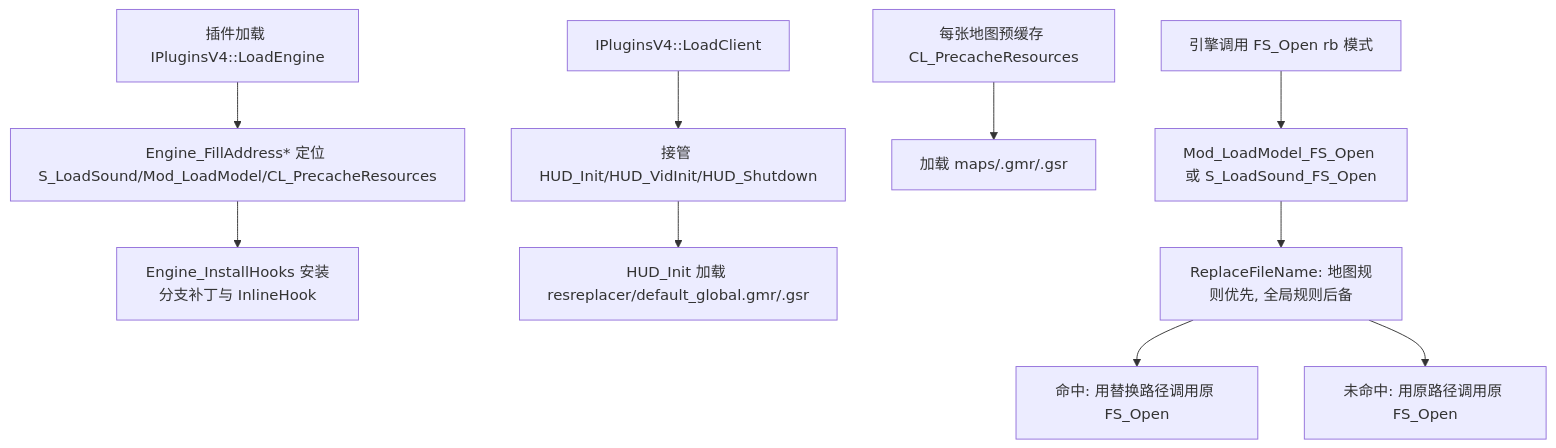
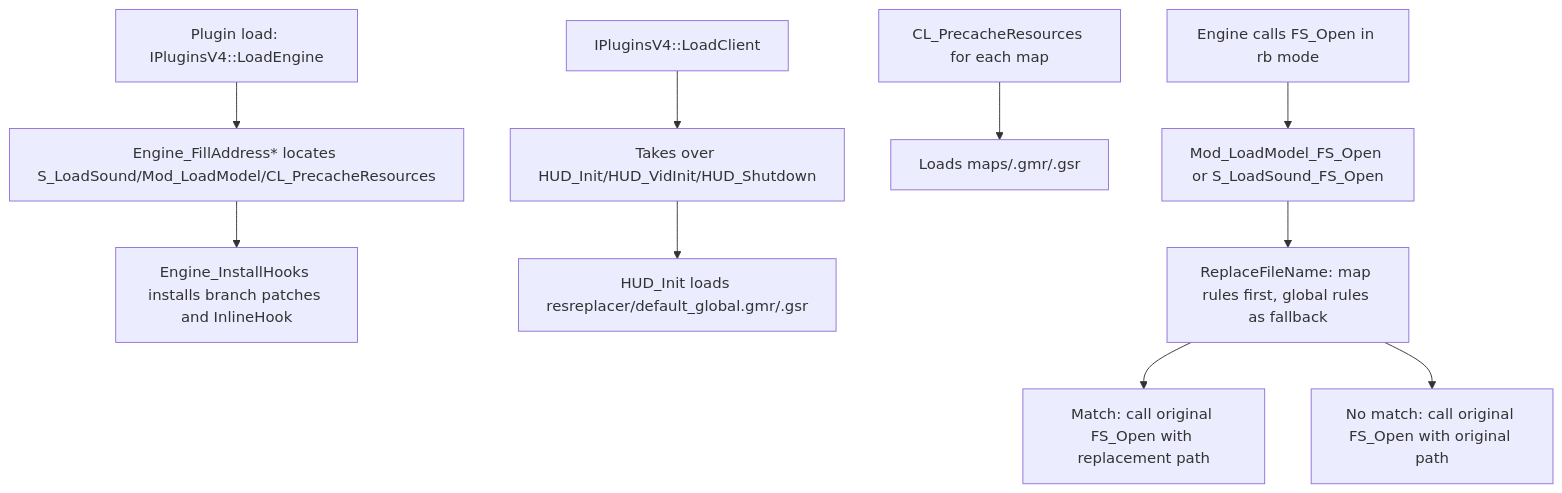
The diagram in memory/ResourceReplacer.md (hzqst/MetaHookSv), drawn with Mermaid before and after one commit. The commit also changed other lines of this file and 47 other files, not shown here.

````diff
--- a/memory/ResourceReplacer.md
+++ b/memory/ResourceReplacer.md
@@ -43,12 +43,12 @@
 ```mermaid
 flowchart TD
-  A[插件加载 IPluginsV4::LoadEngine] --> B[Engine_FillAddress* 定位 S_LoadSound/Mod_LoadModel/CL_PrecacheResources]
-  B --> C[Engine_InstallHooks 安装分支补丁与 InlineHook]
-  D[IPluginsV4::LoadClient] --> E[接管 HUD_Init/HUD_VidInit/HUD_Shutdown]
-  E --> F[HUD_Init 加载 resreplacer/default_global.gmr/.gsr]
-  G[每张地图预缓存 CL_PrecacheResources] --> H[加载 maps/<map>.gmr/.gsr]
-  I[引擎调用 FS_Open rb 模式] --> J[Mod_LoadModel_FS_Open 或 S_LoadSound_FS_Open]
-  J --> K[ReplaceFileName: 地图规则优先, 全局规则后备]
-  K --> L[命中: 用替换路径调用原 FS_Open]
-  K --> M[未命中: 用原路径调用原 FS_Open]
+  A[Plugin load: IPluginsV4::LoadEngine] --> B[Engine_FillAddress* locates S_LoadSound/Mod_LoadModel/CL_PrecacheResources]
+  B --> C[Engine_InstallHooks installs branch patches and InlineHook]
+  D[IPluginsV4::LoadClient] --> E[Takes over HUD_Init/HUD_VidInit/HUD_Shutdown]
+  E --> F[HUD_Init loads resreplacer/default_global.gmr/.gsr]
+  G[CL_PrecacheResources for each map] --> H[Loads maps/<map>.gmr/.gsr]
+  I[Engine calls FS_Open in rb mode] --> J[Mod_LoadModel_FS_Open or S_LoadSound_FS_Open]
+  J --> K[ReplaceFileName: map rules first, global rules as fallback]
+  K --> L[Match: call original FS_Open with replacement path]
+  K --> M[No match: call original FS_Open with original path]
 ```
````
